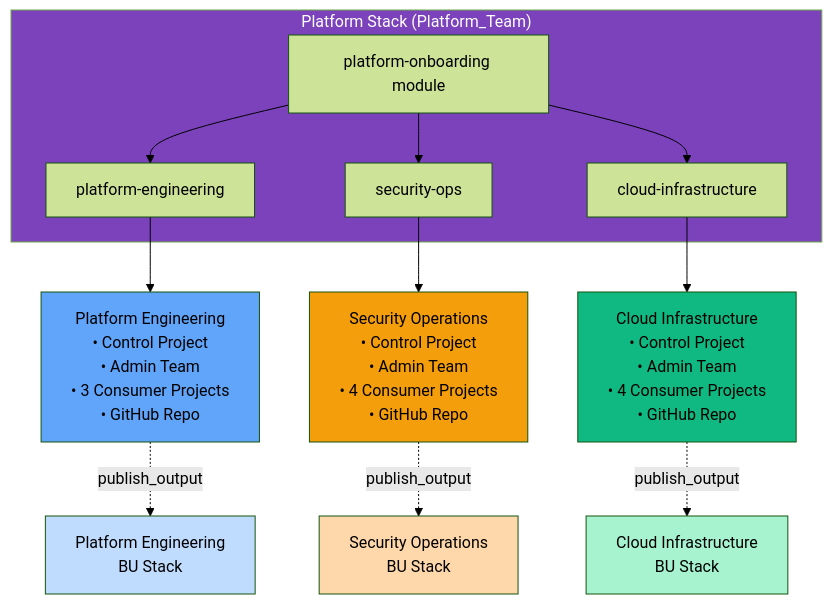
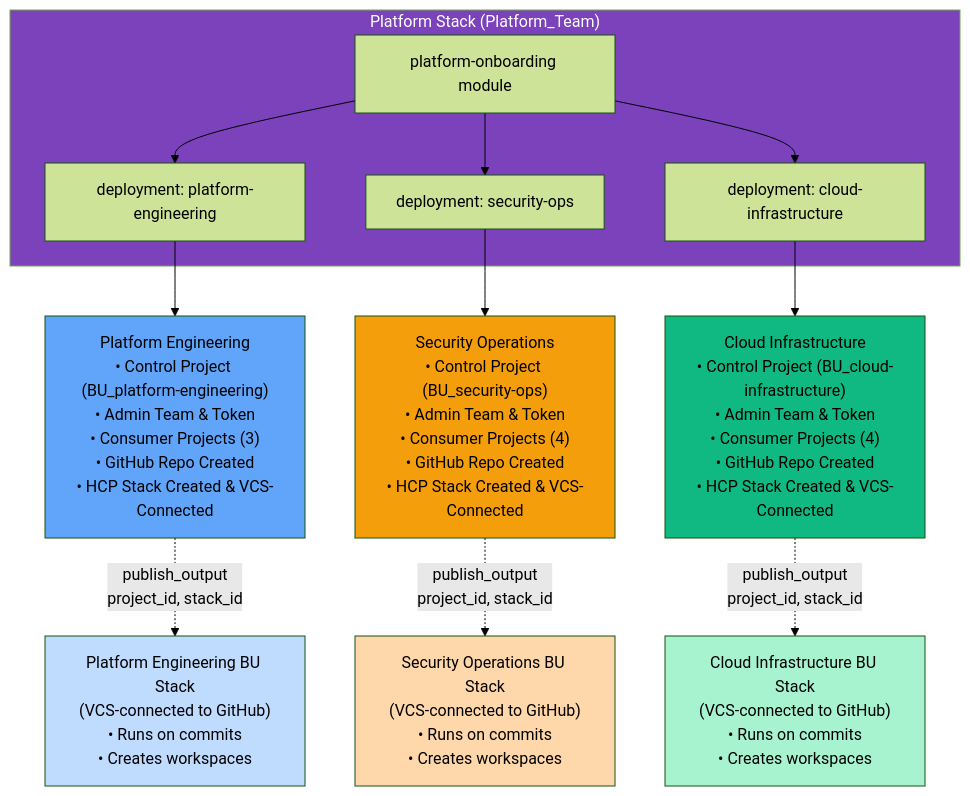
Before and after one commit to hashi-demo-lab/terraform-tfe-platform-onboarding: the diagram in README.md, drawn with Mermaid (forest theme). The commit also changed other lines of this file and 4 other files, not shown here.

Commit message:
feat: Implement HCP Terraform Stacks with VCS connection and validation for OAuth token

````diff
--- a/README.md
+++ b/README.md
@@ -60,25 +68,25 @@
 ```mermaid
 graph TB
     subgraph PS["Platform Stack (Platform_Team)"]
         MOD[platform-onboarding module]
-        MOD --> D1[platform-engineering]
-        MOD --> D2[security-ops]
-        MOD --> D3[cloud-infrastructure]
+        MOD --> D1[deployment: platform-engineering]
+        MOD --> D2[deployment: security-ops]
+        MOD --> D3[deployment: cloud-infrastructure]
     end
     
-    D1 --> PE["Platform Engineering<br/>• Control Project<br/>• Admin Team<br/>• 3 Consumer Projects<br/>• GitHub Repo"]
-    D2 --> SO["Security Operations<br/>• Control Project<br/>• Admin Team<br/>• 4 Consumer Projects<br/>• GitHub Repo"]
-    D3 --> CI["Cloud Infrastructure<br/>• Control Project<br/>• Admin Team<br/>• 4 Consumer Projects<br/>• GitHub Repo"]
+    D1 --> PE["Platform Engineering<br/>• Control Project (BU_platform-engineering)<br/>• Admin Team & Token<br/>• Consumer Projects (3)<br/>• GitHub Repo Created<br/>• HCP Stack Created & VCS-Connected"]
+    D2 --> SO["Security Operations<br/>• Control Project (BU_security-ops)<br/>• Admin Team & Token<br/>• Consumer Projects (4)<br/>• GitHub Repo Created<br/>• HCP Stack Created & VCS-Connected"]
+    D3 --> CI["Cloud Infrastructure<br/>• Control Project (BU_cloud-infrastructure)<br/>• Admin Team & Token<br/>• Consumer Projects (4)<br/>• GitHub Repo Created<br/>• HCP Stack Created & VCS-Connected"]
     
-    PE -.publish_output.-> PE_BU[Platform Engineering<br/>BU Stack]
-    SO -.publish_output.-> SO_BU[Security Operations<br/>BU Stack]
-    CI -.publish_output.-> CI_BU[Cloud Infrastructure<br/>BU Stack]
+    PE -.publish_output<br/>project_id, stack_id.-> PE_BU["Platform Engineering BU Stack<br/>(VCS-connected to GitHub)<br/>• Runs on commits<br/>• Creates workspaces"]
+    SO -.publish_output<br/>project_id, stack_id.-> SO_BU["Security Operations BU Stack<br/>(VCS-connected to GitHub)<br/>• Runs on commits<br/>• Creates workspaces"]
+    CI -.publish_output<br/>project_id, stack_id.-> CI_BU["Cloud Infrastructure BU Stack<br/>(VCS-connected to GitHub)<br/>• Runs on commits<br/>• Creates workspaces"]
     
     style PS fill:#7B42BC,color:#fff
     style PE fill:#60A5FA,color:#000
     style SO fill:#F59E0B,color:#000
     style CI fill:#10B981,color:#000
     style PE_BU fill:#BFDBFE,color:#000
     style SO_BU fill:#FED7AA,color:#000
     style CI_BU fill:#A7F3D0,color:#000
 ```
````
